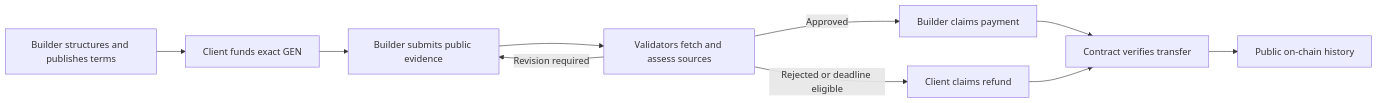
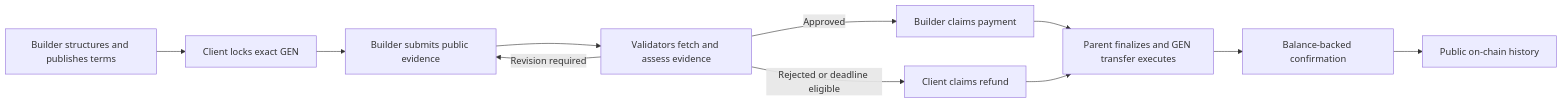
Before and after one commit to tanphung/ClauseFlow: the diagram in README.md, drawn with Mermaid. The commit also changed other lines of this file and 16 other files, not shown here.

````diff
--- a/README.md
+++ b/README.md
@@ -48,12 +41,13 @@
 ```mermaid
 flowchart LR
-  A[Builder structures and publishes terms] --> B[Client funds exact GEN]
+  A[Builder structures and publishes terms] --> B[Client locks exact GEN]
   B --> C[Builder submits public evidence]
-  C --> D[Validators fetch and assess sources]
+  C --> D[Validators fetch and assess evidence]
   D -->|Approved| E[Builder claims payment]
   D -->|Revision required| C
   D -->|Rejected or deadline eligible| F[Client claims refund]
-  E --> G[Contract verifies transfer]
+  E --> G[Parent finalizes and GEN transfer executes]
   F --> G
-  G --> H[Public on-chain history]
+  G --> H[Balance-backed confirmation]
+  H --> I[Public on-chain history]
 ```
````
